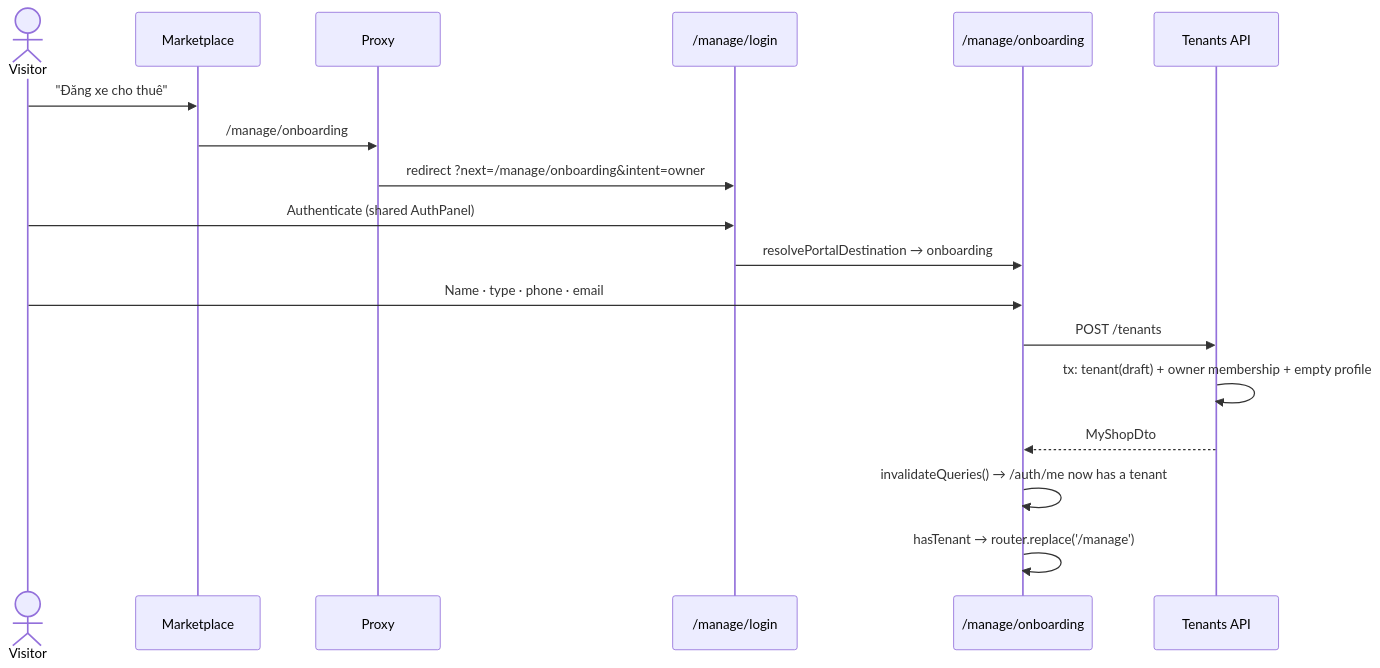
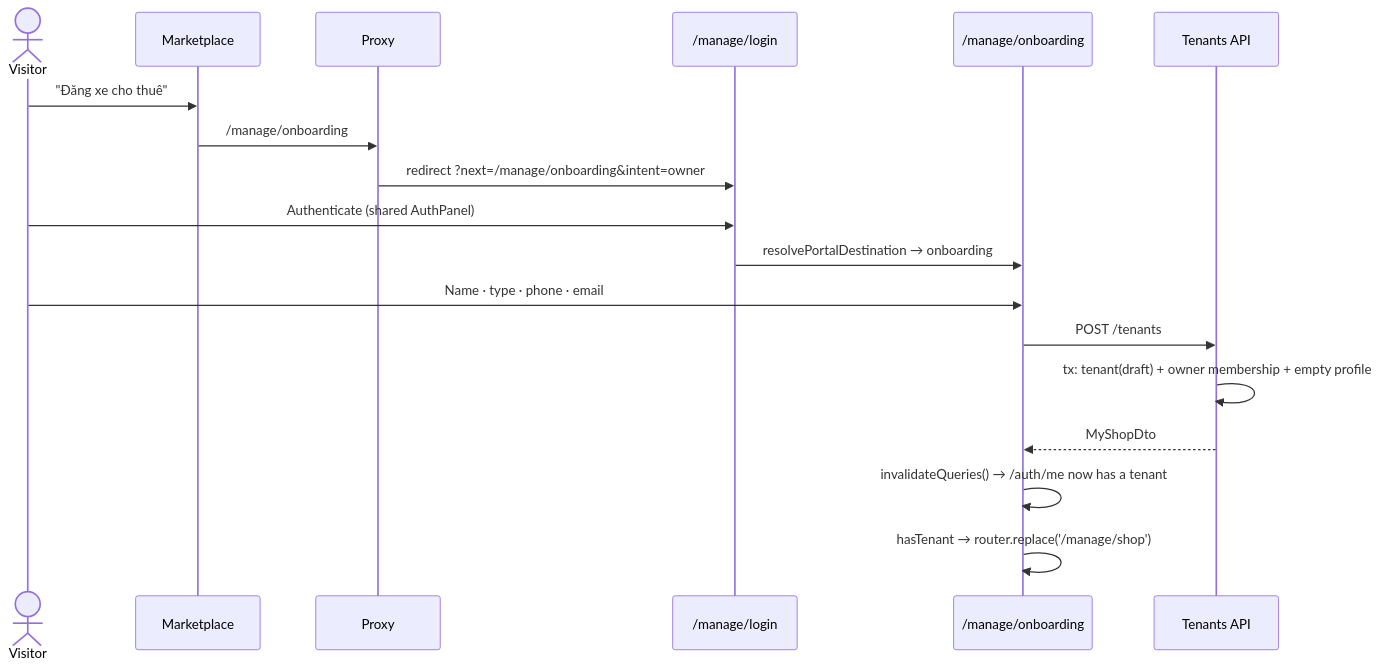
One commit to daihanhbvt/xeprime changed the second of 3 diagrams in docs/design-briefs/03_SHOP_ONBOARDING_AND_SETTINGS.md. Above: the diagram before and after it, drawn with Mermaid. The commit also changed other lines of this file and 128 other files, not shown here.

````diff
--- a/docs/design-briefs/03_SHOP_ONBOARDING_AND_SETTINGS.md
+++ b/docs/design-briefs/03_SHOP_ONBOARDING_AND_SETTINGS.md
@@ -169,20 +171,20 @@
 ```mermaid
 sequenceDiagram
   actor U as Visitor
   participant MP as Marketplace
   participant PX as Proxy
   participant PL as /manage/login
   participant OB as /manage/onboarding
   participant API as Tenants API
   U->>MP: "Đăng xe cho thuê"
   MP->>PX: /manage/onboarding
   PX->>PL: redirect ?next=/manage/onboarding&intent=owner
   U->>PL: Authenticate (shared AuthPanel)
   PL->>OB: resolvePortalDestination → onboarding
   U->>OB: Name · type · phone · email
   OB->>API: POST /tenants
   API->>API: tx: tenant(draft) + owner membership + empty profile
   API-->>OB: MyShopDto
   OB->>OB: invalidateQueries() → /auth/me now has a tenant
-  OB->>OB: hasTenant → router.replace('/manage')
+  OB->>OB: hasTenant → router.replace('/manage/shop')
 ```
````
